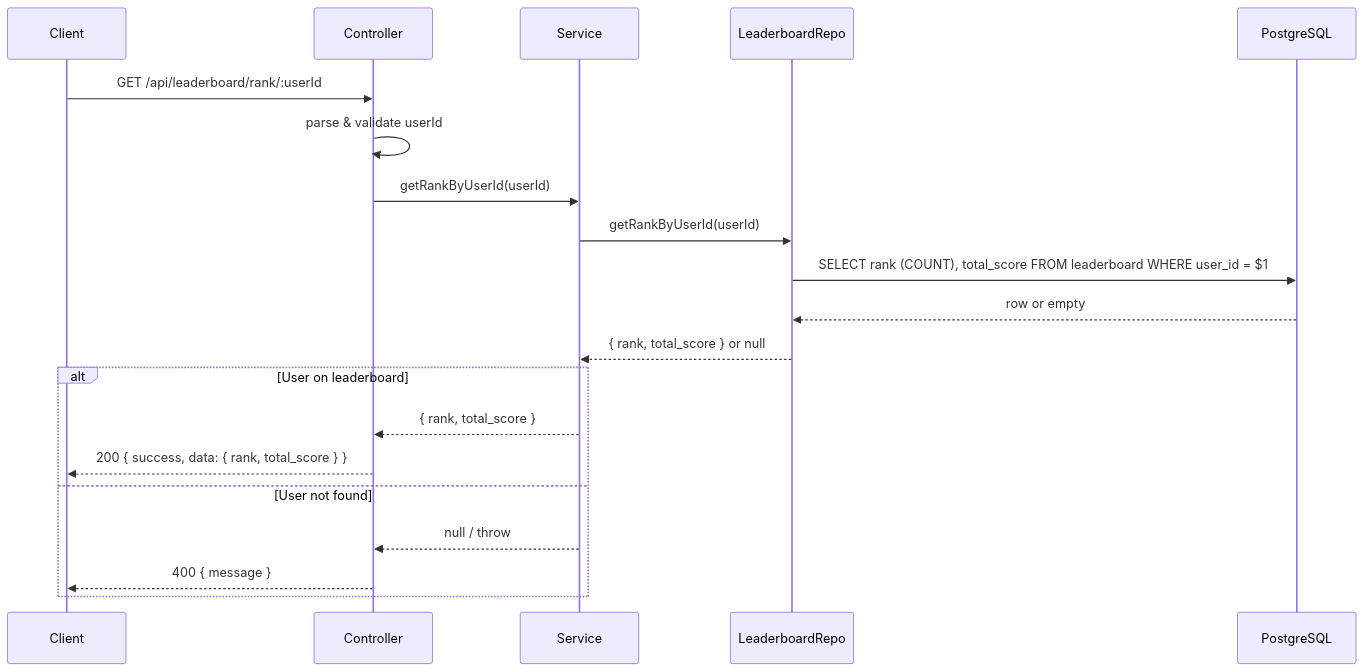
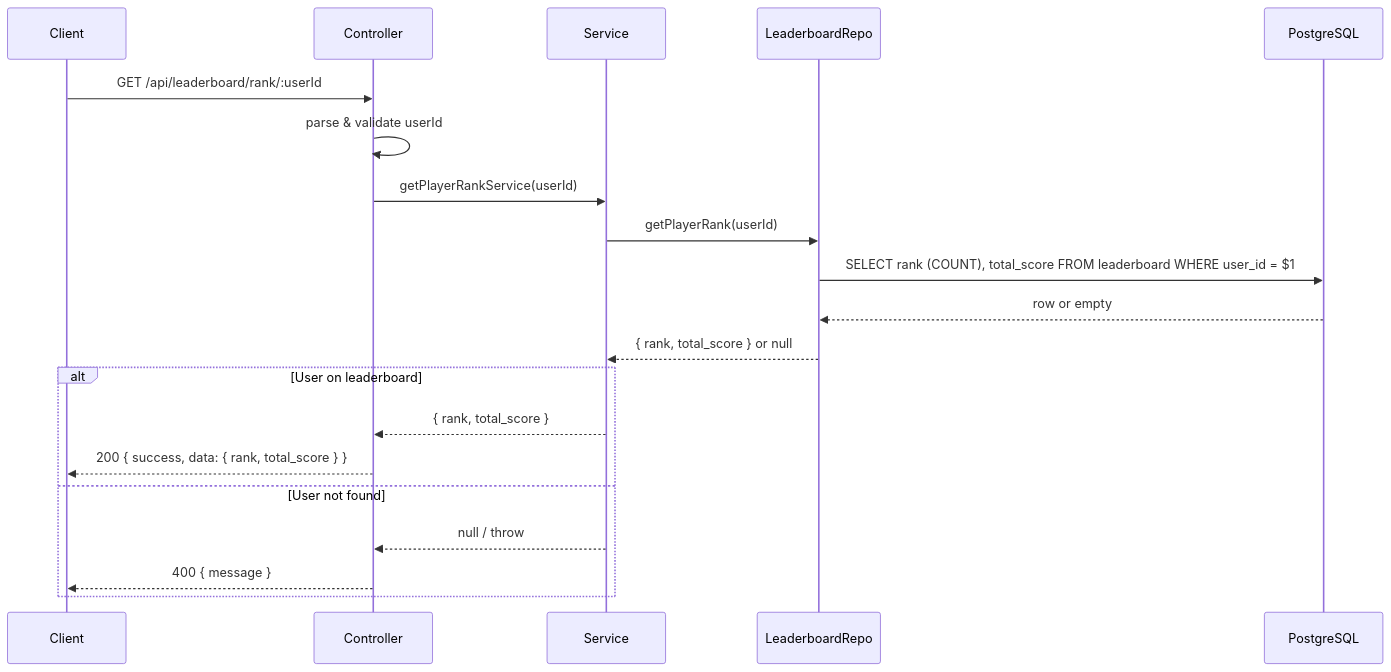
One commit to StayTrash/gaming-leaderboard changed the sixth of 10 diagrams in docs/SYSTEM_DESIGN_DIAGRAMS.md. Above: the diagram before and after it, drawn with Mermaid. The commit also changed other lines of this file, not shown here.

Commit message:
update system design diagrams

````diff
--- a/docs/SYSTEM_DESIGN_DIAGRAMS.md
+++ b/docs/SYSTEM_DESIGN_DIAGRAMS.md
@@ -247,25 +250,25 @@
 ```mermaid
 sequenceDiagram
     participant Client
     participant Controller
     participant Service
     participant LeaderboardRepo
     participant PG as PostgreSQL
 
     Client->>Controller: GET /api/leaderboard/rank/:userId
     Controller->>Controller: parse & validate userId
-    Controller->>Service: getRankByUserId(userId)
+    Controller->>Service: getPlayerRankService(userId)
 
-    Service->>LeaderboardRepo: getRankByUserId(userId)
+    Service->>LeaderboardRepo: getPlayerRank(userId)
     LeaderboardRepo->>PG: SELECT rank (COUNT), total_score FROM leaderboard WHERE user_id = $1
     PG-->>LeaderboardRepo: row or empty
     LeaderboardRepo-->>Service: { rank, total_score } or null
 
     alt User on leaderboard
         Service-->>Controller: { rank, total_score }
         Controller-->>Client: 200 { success, data: { rank, total_score } }
     else User not found
         Service-->>Controller: null / throw
         Controller-->>Client: 400 { message }
     end
 ```
````
